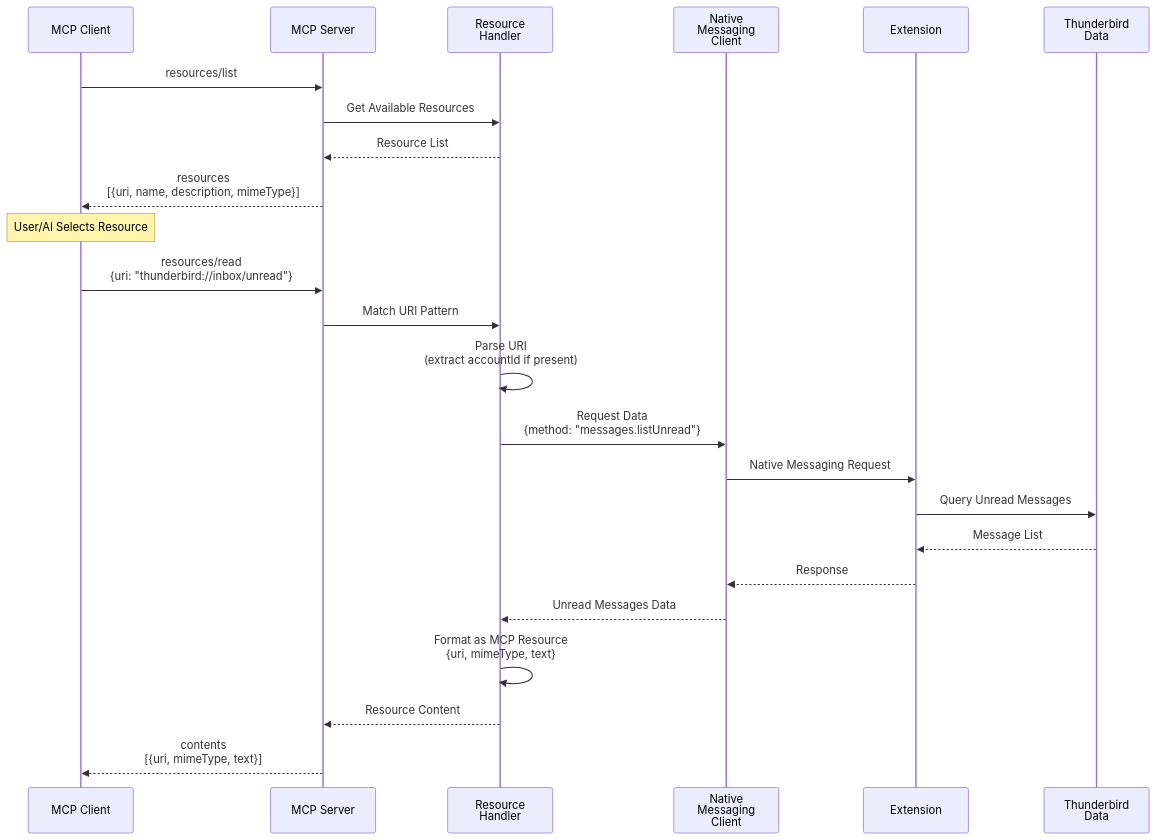
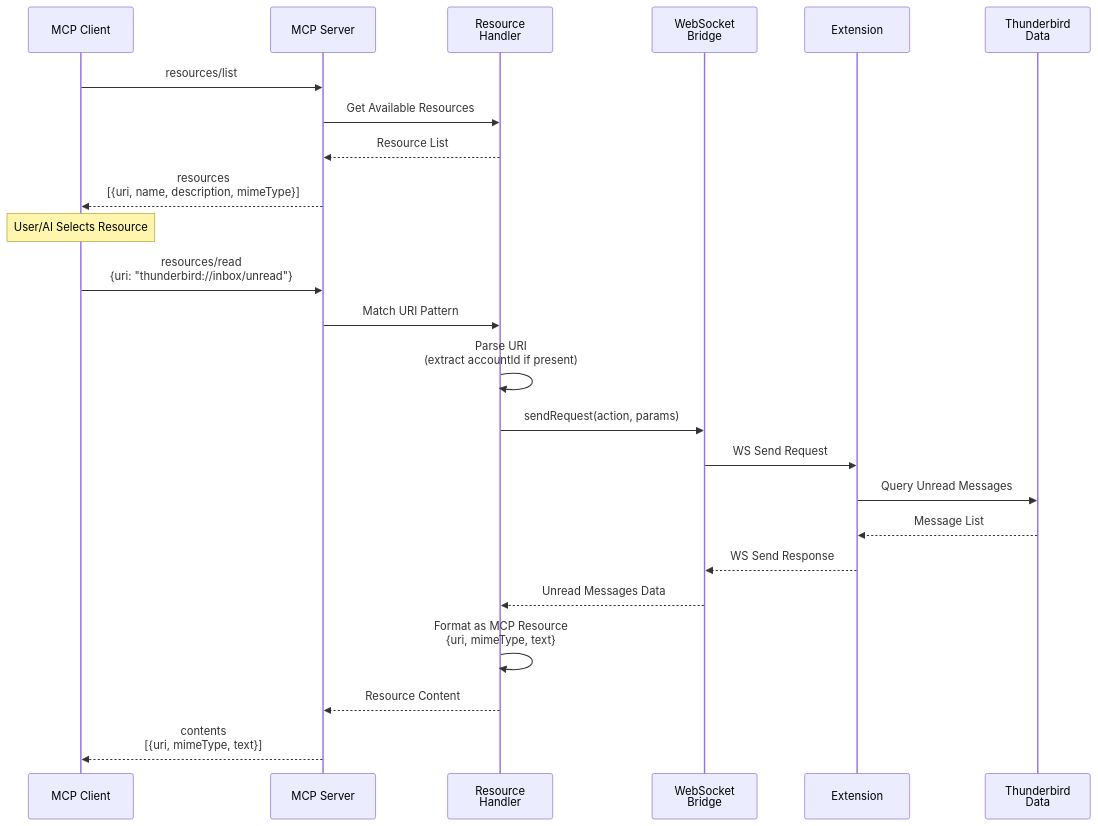
One commit to assistance-micro-design/zileo-mcp-thunderbird changed the fourth of 10 diagrams in docs/architecture/data-flow.md. Above: the diagram before and after it, drawn with Mermaid. The commit also changed other lines of this file and 7 other files, not shown here.

````diff
--- a/docs/architecture/data-flow.md
+++ b/docs/architecture/data-flow.md
@@ -203,33 +217,33 @@
 ```mermaid
 sequenceDiagram
     participant Client as MCP Client
     participant Server as MCP Server
     participant ResHandler as Resource<br/>Handler
-    participant NMClient as Native<br/>Messaging<br/>Client
+    participant Bridge as WebSocket<br/>Bridge
     participant Extension as Extension
     participant TB as Thunderbird<br/>Data
 
     Client->>Server: resources/list
     Server->>ResHandler: Get Available Resources
     ResHandler-->>Server: Resource List
     Server-->>Client: resources<br/>[{uri, name, description, mimeType}]
 
     Note over Client: User/AI Selects Resource
 
     Client->>Server: resources/read<br/>{uri: "thunderbird://inbox/unread"}
 
     Server->>ResHandler: Match URI Pattern
     ResHandler->>ResHandler: Parse URI<br/>(extract accountId if present)
 
-    ResHandler->>NMClient: Request Data<br/>{method: "messages.listUnread"}
-    NMClient->>Extension: Native Messaging Request
+    ResHandler->>Bridge: sendRequest(action, params)
+    Bridge->>Extension: WS Send Request
     Extension->>TB: Query Unread Messages
     TB-->>Extension: Message List
-    Extension-->>NMClient: Response
-    NMClient-->>ResHandler: Unread Messages Data
+    Extension-->>Bridge: WS Send Response
+    Bridge-->>ResHandler: Unread Messages Data
 
     ResHandler->>ResHandler: Format as MCP Resource<br/>{uri, mimeType, text}
     ResHandler-->>Server: Resource Content
 
     Server-->>Client: contents<br/>[{uri, mimeType, text}]
 ```
````
